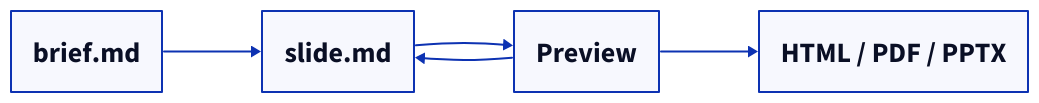
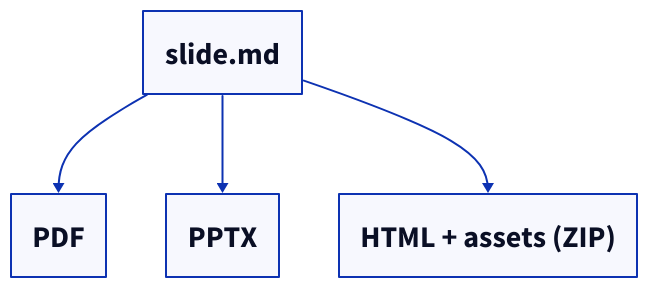
The diagram in decks/example/slide.md (takumi-nishimura/MarpAgent), drawn with D2 before and after one commit. The commit also changed other lines of this file and 6 other files, not shown here.

````diff
--- a/decks/example/slide.md
+++ b/decks/example/slide.md
@@ -68,10 +211,11 @@
 ```d2
-direction: right
-*.style.font-size: 28
-brief: brief.md
-slide: slide.md
-preview: Preview
-output: HTML / PDF / PPTX
-brief -> slide -> preview -> output
-preview -> slide
+direction: down
+*.style.font-size: 30
+source: slide.md
+pdf: PDF
+pptx: PPTX
+bundle: HTML + assets (ZIP)
+source -> pdf
+source -> pptx
+source -> bundle
 ```
````
